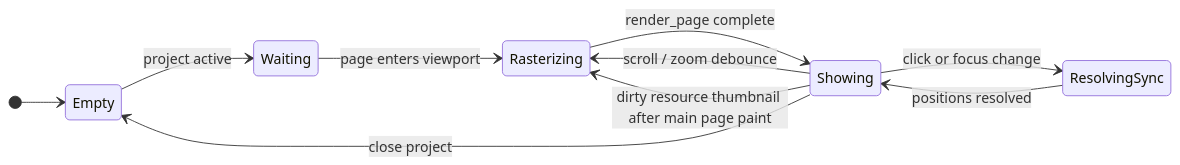
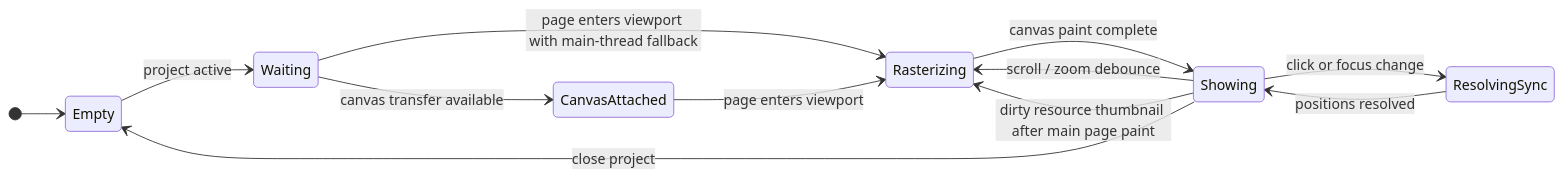
Before and after one commit to andmoreduro/ergo: the fourth of 5 diagrams in context/state-diagrams.md, drawn with Mermaid. The commit also changed other lines of this file and 3 other files, not shown here.

````diff
--- a/context/state-diagrams.md
+++ b/context/state-diagrams.md
@@ -73,14 +73,16 @@
 ```mermaid
 stateDiagram-v2
     direction LR
 
     [*] --> Empty
     Empty --> Waiting : project active
-    Waiting --> Rasterizing : page enters viewport
-    Rasterizing --> Showing : render_page complete
+    Waiting --> CanvasAttached : canvas transfer available
+    Waiting --> Rasterizing : page enters viewport with main-thread fallback
+    CanvasAttached --> Rasterizing : page enters viewport
+    Rasterizing --> Showing : canvas paint complete
     Showing --> Rasterizing : scroll / zoom debounce
     Showing --> Rasterizing : dirty resource thumbnail after main page paint
     Showing --> ResolvingSync : click or focus change
     ResolvingSync --> Showing : positions resolved
     Showing --> Empty : close project
 ```
````
